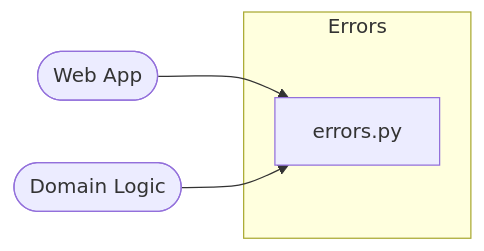
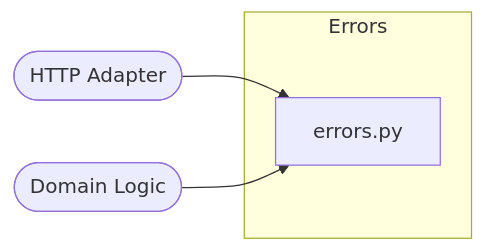
One commit to braboj/demo-randomgen changed the fifth of 5 diagrams in docs/arc42/05-building-block-view.md. Above: the diagram before and after it, drawn with Mermaid. The commit also changed other lines of this file, not shown here.

First line of the commit message:
docs(arc42): rename the Web App block to HTTP Adapter

````diff
--- a/docs/arc42/05-building-block-view.md
+++ b/docs/arc42/05-building-block-view.md
@@ -110,8 +110,8 @@
 ```mermaid
 flowchart LR
-    web(["Web App"]) --> errors
+    web(["HTTP Adapter"]) --> errors
     domain(["Domain Logic"]) --> errors
     subgraph e["Errors"]
         errors["errors.py"]
     end
 ```
````
